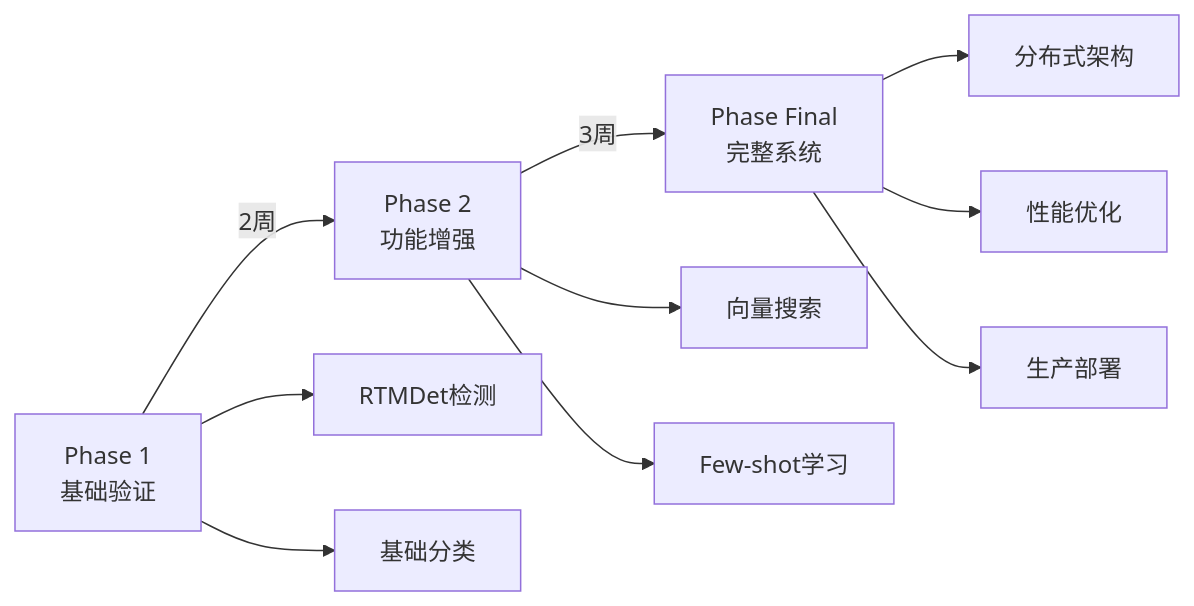
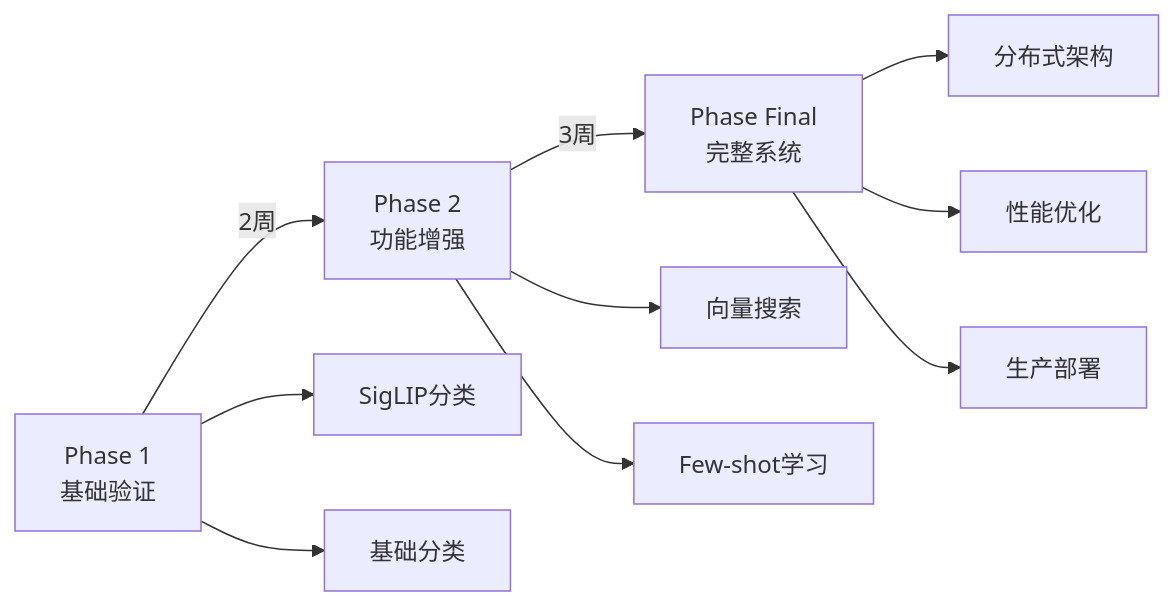
Before and after one commit to jasl/vibe_photos_v3: the diagram in blueprints/README.md, drawn with Mermaid. The commit also changed other lines of this file and 8 other files, not shown here.

````diff
--- a/blueprints/README.md
+++ b/blueprints/README.md
@@ -52,15 +52,15 @@
 ```mermaid
 graph LR
     A[Phase 1<br/>基础验证] -->|2周| B[Phase 2<br/>功能增强]
     B -->|3周| C[Phase Final<br/>完整系统]
     
-    A --> A1[RTMDet检测]
+    A --> A1[SigLIP分类]
     A --> A2[基础分类]
     
     B --> B1[向量搜索]
     B --> B2[Few-shot学习]
     
     C --> C1[分布式架构]
     C --> C2[性能优化]
     C --> C3[生产部署]
 ```
````
